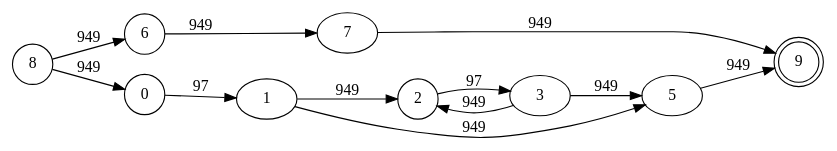
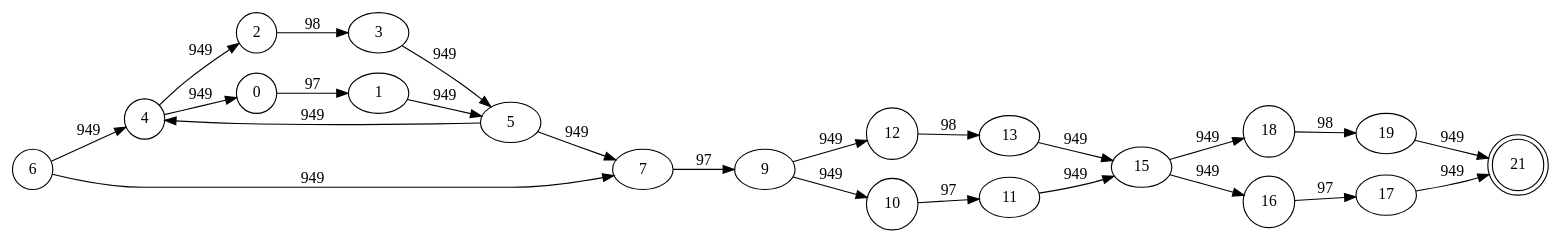
The diagram in test-output/automata1.gv (bryannalfaro/Dise-odeLenguajes), drawn with Graphviz before and after one commit. The commit also changed 5 other files, not shown here.

```diff
--- a/test-output/automata1.gv
+++ b/test-output/automata1.gv
@@ -1,19 +1,35 @@
 digraph automata1 {
 	rankdir=LR
-	8 [label=8 shape=circle]
-	9 [label=9 shape=doublecircle]
 	6 [label=6 shape=circle]
+	21 [label=21 shape=doublecircle]
+	4 [label=4 shape=circle]
+	2 [label=2 shape=circle]
 	0 [label=0 shape=circle]
-	2 [label=2 shape=circle]
-	8 -> 6 [label=949]
-	8 -> 0 [label=949]
+	12 [label=12 shape=circle]
+	10 [label=10 shape=circle]
+	18 [label=18 shape=circle]
+	16 [label=16 shape=circle]
+	6 -> 4 [label=949]
 	6 -> 7 [label=949]
-	7 -> 9 [label=949]
+	4 -> 2 [label=949]
+	4 -> 0 [label=949]
+	2 -> 3 [label=98]
+	3 -> 5 [label=949]
 	0 -> 1 [label=97]
-	1 -> 2 [label=949]
 	1 -> 5 [label=949]
-	2 -> 3 [label=97]
-	3 -> 5 [label=949]
-	3 -> 2 [label=949]
-	5 -> 9 [label=949]
+	5 -> 7 [label=949]
+	5 -> 4 [label=949]
+	7 -> 9 [label=97]
+	9 -> 12 [label=949]
+	9 -> 10 [label=949]
+	12 -> 13 [label=98]
+	13 -> 15 [label=949]
+	10 -> 11 [label=97]
+	11 -> 15 [label=949]
+	15 -> 18 [label=949]
+	15 -> 16 [label=949]
+	18 -> 19 [label=98]
+	19 -> 21 [label=949]
+	16 -> 17 [label=97]
+	17 -> 21 [label=949]
 }
```
